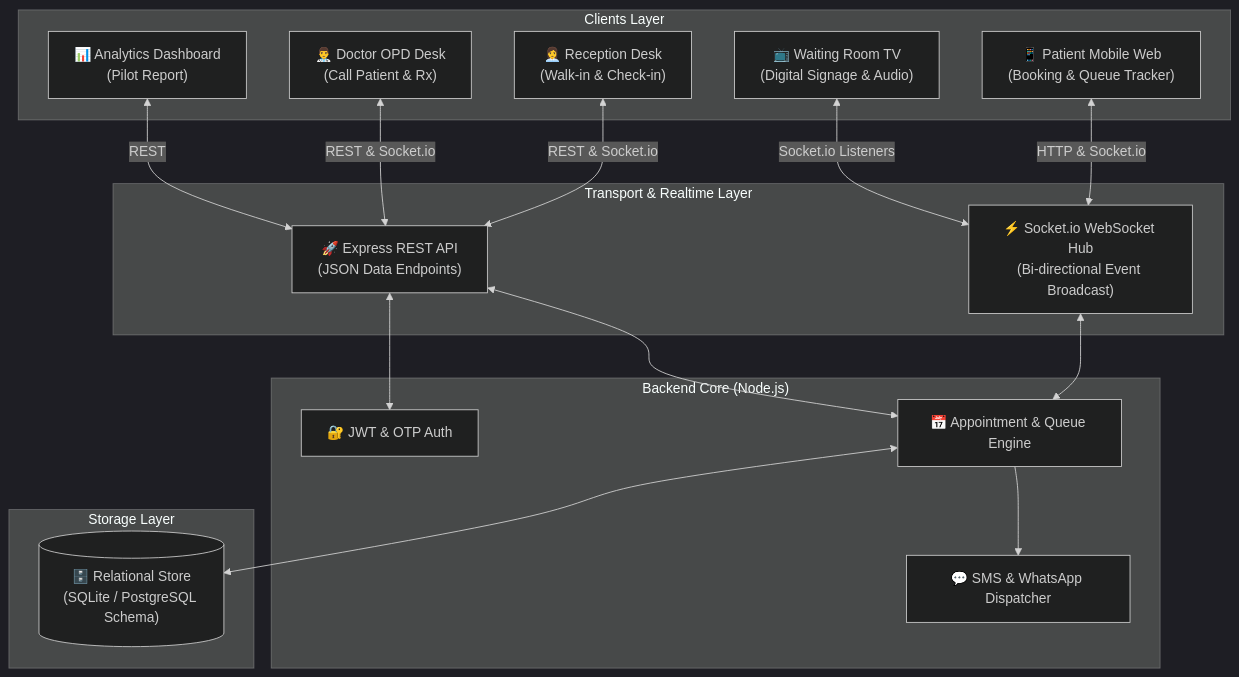
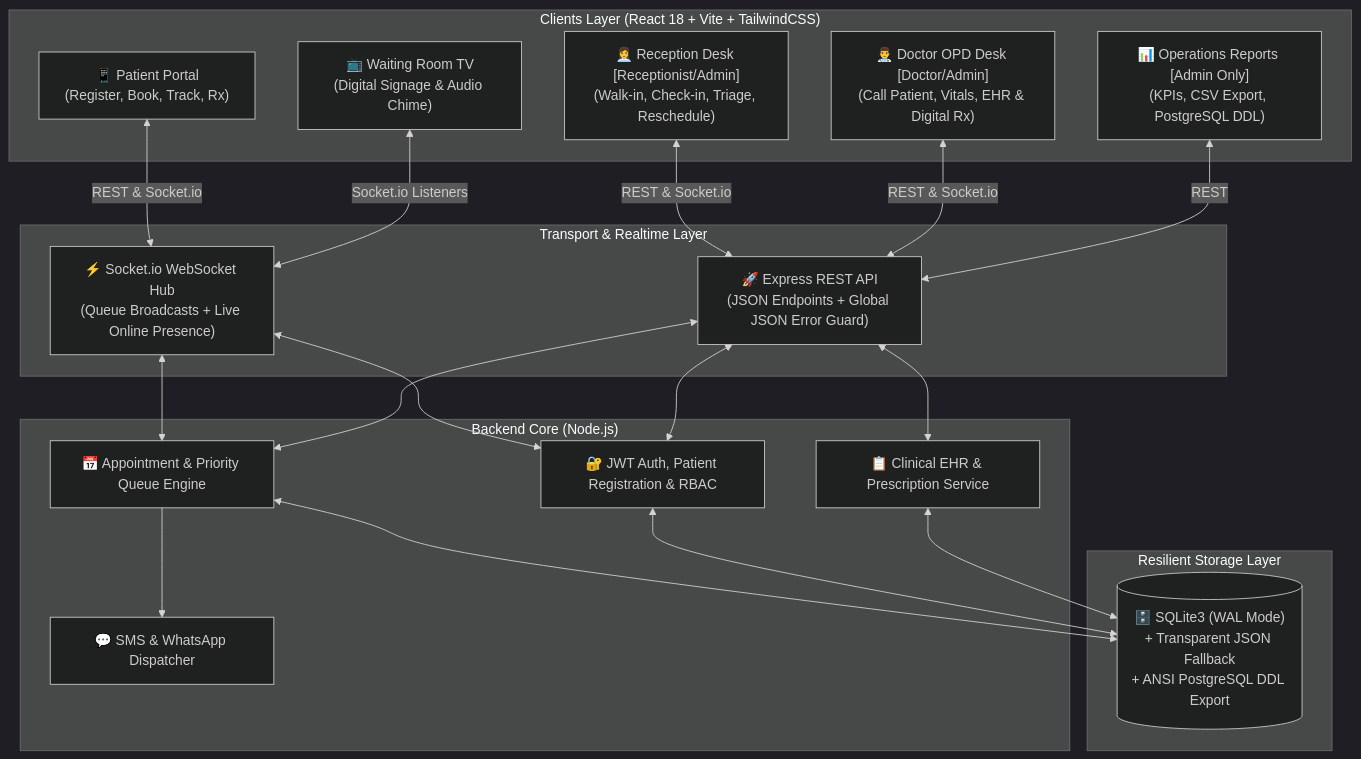
One commit to harshbagwan/Major_Project changed the first of 4 diagrams in PROJECT_DOCUMENTATION.md. Above: the diagram before and after it, drawn with Mermaid (dark theme). The commit also changed other lines of this file and 2 other files, not shown here.

Commit message:
docs: update GitHub README, architecture docs, and deployment guide for RBAC and presence

````diff
--- a/PROJECT_DOCUMENTATION.md
+++ b/PROJECT_DOCUMENTATION.md
@@ -46,37 +48,42 @@
 ```mermaid
 graph TD
-    subgraph "Clients Layer"
-        P["📱 Patient Mobile Web<br/>(Booking & Queue Tracker)"]
-        TV["📺 Waiting Room TV<br/>(Digital Signage & Audio)"]
-        R["👩‍💼 Reception Desk<br/>(Walk-in & Check-in)"]
-        D["👨‍⚕️ Doctor OPD Desk<br/>(Call Patient & Rx)"]
-        A["📊 Analytics Dashboard<br/>(Pilot Report)"]
+    subgraph "Clients Layer (React 18 + Vite + TailwindCSS)"
+        P["📱 Patient Portal<br/>(Register, Book, Track, Rx)"]
+        TV["📺 Waiting Room TV<br/>(Digital Signage & Audio Chime)"]
+        R["👩‍💼 Reception Desk [Receptionist/Admin]<br/>(Walk-in, Check-in, Triage, Reschedule)"]
+        D["👨‍⚕️ Doctor OPD Desk [Doctor/Admin]<br/>(Call Patient, Vitals, EHR & Digital Rx)"]
+        A["📊 Operations Reports [Admin Only]<br/>(KPIs, CSV Export, PostgreSQL DDL)"]
     end
 
     subgraph "Transport & Realtime Layer"
-        WS["⚡ Socket.io WebSocket Hub<br/>(Bi-directional Event Broadcast)"]
-        REST["🚀 Express REST API<br/>(JSON Data Endpoints)"]
+        WS["⚡ Socket.io WebSocket Hub<br/>(Queue Broadcasts + Live Online Presence)"]
+        REST["🚀 Express REST API<br/>(JSON Endpoints + Global JSON Error Guard)"]
     end
 
     subgraph "Backend Core (Node.js)"
-        AUTH["🔐 JWT & OTP Auth"]
-        SCHED["📅 Appointment & Queue Engine"]
+        AUTH["🔐 JWT Auth, Patient Registration & RBAC"]
+        SCHED["📅 Appointment & Priority Queue Engine"]
+        EHR["📋 Clinical EHR & Prescription Service"]
         NOTIF["💬 SMS & WhatsApp Dispatcher"]
     end
 
-    subgraph "Storage Layer"
-        DB[("🗄️ Relational Store<br/>(SQLite / PostgreSQL Schema)")]
+    subgraph "Resilient Storage Layer"
+        DB[("🗄️ SQLite3 (WAL Mode)<br/>+ Transparent JSON Fallback<br/>+ ANSI PostgreSQL DDL Export")]
     end
 
-    P <-->|HTTP & Socket.io| WS
+    P <-->|REST & Socket.io| WS
     TV <-->|Socket.io Listeners| WS
     R <-->|REST & Socket.io| REST
     D <-->|REST & Socket.io| REST
     A <-->|REST| REST
 
     WS <--> SCHED
+    WS <--> AUTH
     REST <--> AUTH
     REST <--> SCHED
+    REST <--> EHR
     SCHED <--> DB
+    AUTH <--> DB
+    EHR <--> DB
     SCHED --> NOTIF
 ```
````
